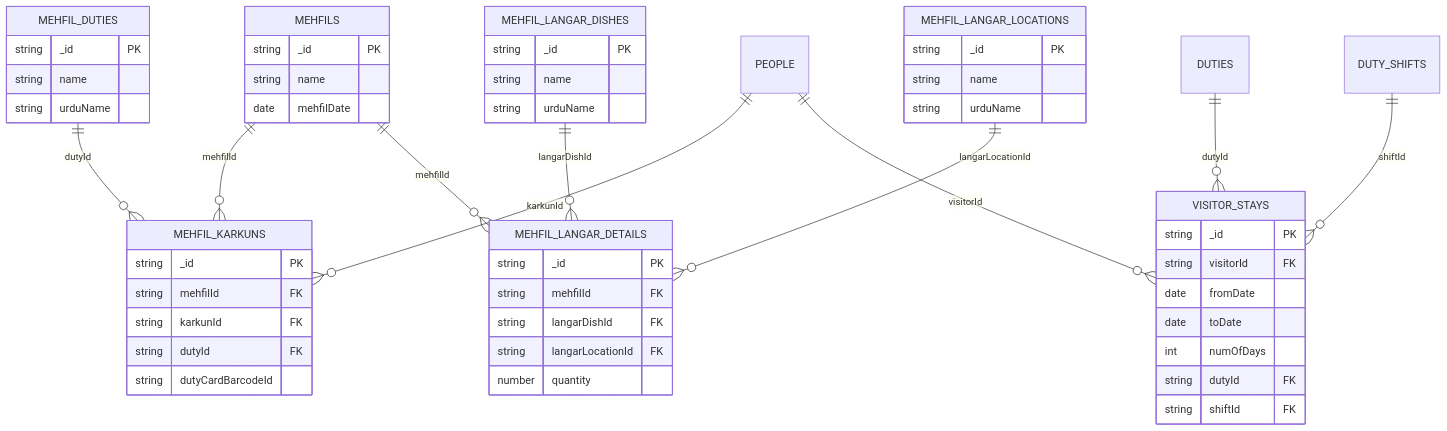
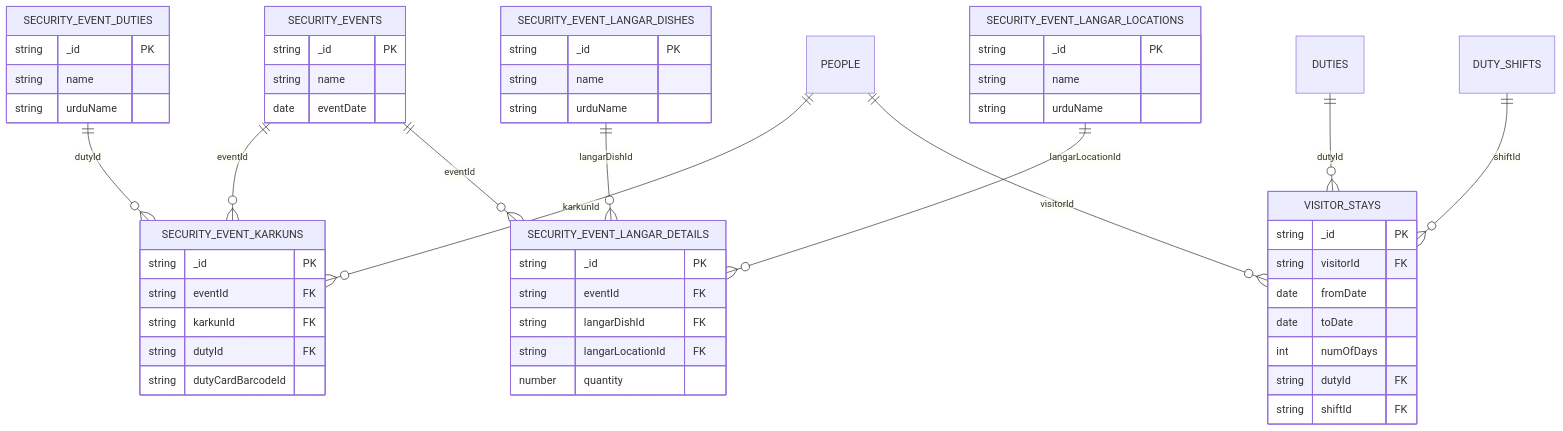
Before and after one commit to faysal-ahmad/idreesia-erp: the seventh of 7 diagrams in docs/mongodb-er-diagram.md, drawn with Mermaid. The commit also changed other lines of this file and 206 other files, not shown here.

Commit message:
Renamed Security Mehfils sub-module to Events

````diff
--- a/docs/mongodb-er-diagram.md
+++ b/docs/mongodb-er-diagram.md
@@ -439,56 +439,56 @@
 ```mermaid
 erDiagram
-  MEHFILS ||--o{ MEHFIL_KARKUNS : "mehfilId"
-  MEHFILS ||--o{ MEHFIL_LANGAR_DETAILS : "mehfilId"
-  MEHFIL_DUTIES ||--o{ MEHFIL_KARKUNS : "dutyId"
-  MEHFIL_LANGAR_DISHES ||--o{ MEHFIL_LANGAR_DETAILS : "langarDishId"
-  MEHFIL_LANGAR_LOCATIONS ||--o{ MEHFIL_LANGAR_DETAILS : "langarLocationId"
-  PEOPLE ||--o{ MEHFIL_KARKUNS : "karkunId"
+  SECURITY_EVENTS ||--o{ SECURITY_EVENT_KARKUNS : "eventId"
+  SECURITY_EVENTS ||--o{ SECURITY_EVENT_LANGAR_DETAILS : "eventId"
+  SECURITY_EVENT_DUTIES ||--o{ SECURITY_EVENT_KARKUNS : "dutyId"
+  SECURITY_EVENT_LANGAR_DISHES ||--o{ SECURITY_EVENT_LANGAR_DETAILS : "langarDishId"
+  SECURITY_EVENT_LANGAR_LOCATIONS ||--o{ SECURITY_EVENT_LANGAR_DETAILS : "langarLocationId"
+  PEOPLE ||--o{ SECURITY_EVENT_KARKUNS : "karkunId"
   PEOPLE ||--o{ VISITOR_STAYS : "visitorId"
   DUTIES ||--o{ VISITOR_STAYS : "dutyId"
   DUTY_SHIFTS ||--o{ VISITOR_STAYS : "shiftId"
 
-  MEHFILS {
+  SECURITY_EVENTS {
     string _id PK
     string name
-    date mehfilDate
+    date eventDate
   }
-  MEHFIL_DUTIES {
+  SECURITY_EVENT_DUTIES {
     string _id PK
     string name
     string urduName
   }
-  MEHFIL_KARKUNS {
+  SECURITY_EVENT_KARKUNS {
     string _id PK
-    string mehfilId FK
+    string eventId FK
     string karkunId FK
     string dutyId FK
     string dutyCardBarcodeId
   }
-  MEHFIL_LANGAR_DISHES {
+  SECURITY_EVENT_LANGAR_DISHES {
     string _id PK
     string name
     string urduName
   }
-  MEHFIL_LANGAR_LOCATIONS {
+  SECURITY_EVENT_LANGAR_LOCATIONS {
     string _id PK
     string name
     string urduName
   }
-  MEHFIL_LANGAR_DETAILS {
+  SECURITY_EVENT_LANGAR_DETAILS {
     string _id PK
-    string mehfilId FK
+    string eventId FK
     string langarDishId FK
     string langarLocationId FK
     number quantity
   }
   VISITOR_STAYS {
     string _id PK
     string visitorId FK
     date fromDate
     date toDate
     int numOfDays
     string dutyId FK
     string shiftId FK
   }
 ```
````
